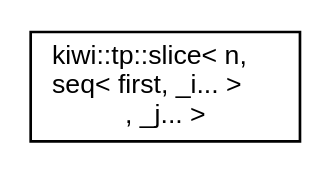
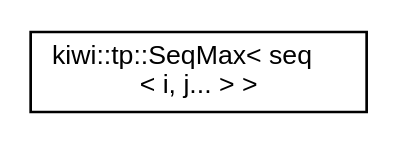
One commit to bab2min/Kiwi changed the diagram in inherit_graph_44.dot. Above: the diagram before and after it, drawn with Graphviz. The commit also changed 205 other files, not shown here.

```diff
--- a/inherit_graph_44.dot
+++ b/inherit_graph_44.dot
@@ -1,8 +1,8 @@
 digraph "Graphical Class Hierarchy"
 {
  // LATEX_PDF_SIZE
   edge [fontname="Helvetica",fontsize="10",labelfontname="Helvetica",labelfontsize="10"];
   node [fontname="Helvetica",fontsize="10",shape=record];
   rankdir="LR";
-  Node0 [label="kiwi::tp::slice\< n,\l seq\< first, _i... \>\l, _j... \>",height=0.2,width=0.4,color="black", fillcolor="white", style="filled",URL="$structkiwi_1_1tp_1_1slice_3_01n_00_01seq_3_01first_00_01__i_8_8_8_01_4_00_01__j_8_8_8_01_4.html",tooltip=" "];
+  Node0 [label="kiwi::tp::SeqMax\< seq\l\< i, j... \> \>",height=0.2,width=0.4,color="black", fillcolor="white", style="filled",URL="$structkiwi_1_1tp_1_1SeqMax_3_01seq_3_01i_00_01j_8_8_8_01_4_01_4.html",tooltip=" "];
 }
```
